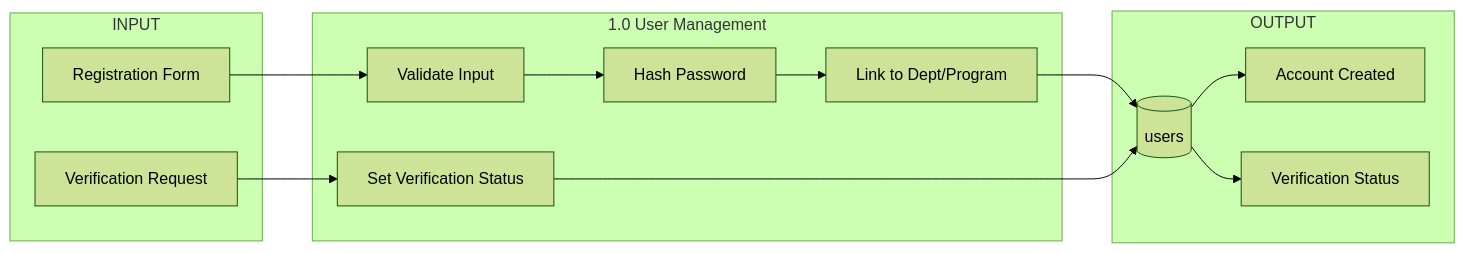
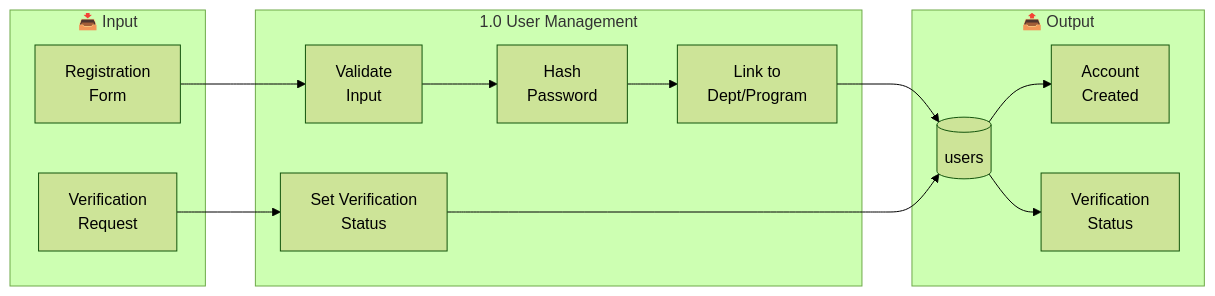
The sixth of 14 diagrams in documentation/database/FRAMES_Data_Flow_Diagram.md (EannMon/FRAMESCAPSTONE), drawn with Mermaid (forest theme) before and after one commit. The commit also changed other lines of this file and 1 other file, not shown here.

````diff
--- a/documentation/database/FRAMES_Data_Flow_Diagram.md
+++ b/documentation/database/FRAMES_Data_Flow_Diagram.md
@@ -176,25 +257,25 @@
 ```mermaid
 flowchart LR
-    subgraph INPUT
-        A1["Registration Form"]
-        A2["Verification Request"]
+    subgraph INPUT["📥 Input"]
+        A1["Registration<br/>Form"]
+        A2["Verification<br/>Request"]
     end
 
     subgraph PROCESS["1.0 User Management"]
-        B1["Validate Input"]
-        B2["Hash Password"]
-        B3["Link to Dept/Program"]
-        B4["Set Verification Status"]
+        B1["Validate<br/>Input"]
+        B2["Hash<br/>Password"]
+        B3["Link to<br/>Dept/Program"]
+        B4["Set Verification<br/>Status"]
     end
 
-    subgraph OUTPUT
+    subgraph OUTPUT["📤 Output"]
         C1[("users")]
-        C2["Account Created"]
-        C3["Verification Status"]
+        C2["Account<br/>Created"]
+        C3["Verification<br/>Status"]
     end
 
     A1 --> B1 --> B2 --> B3 --> C1
     A2 --> B4 --> C1
     C1 --> C2
     C1 --> C3
 ```
````
